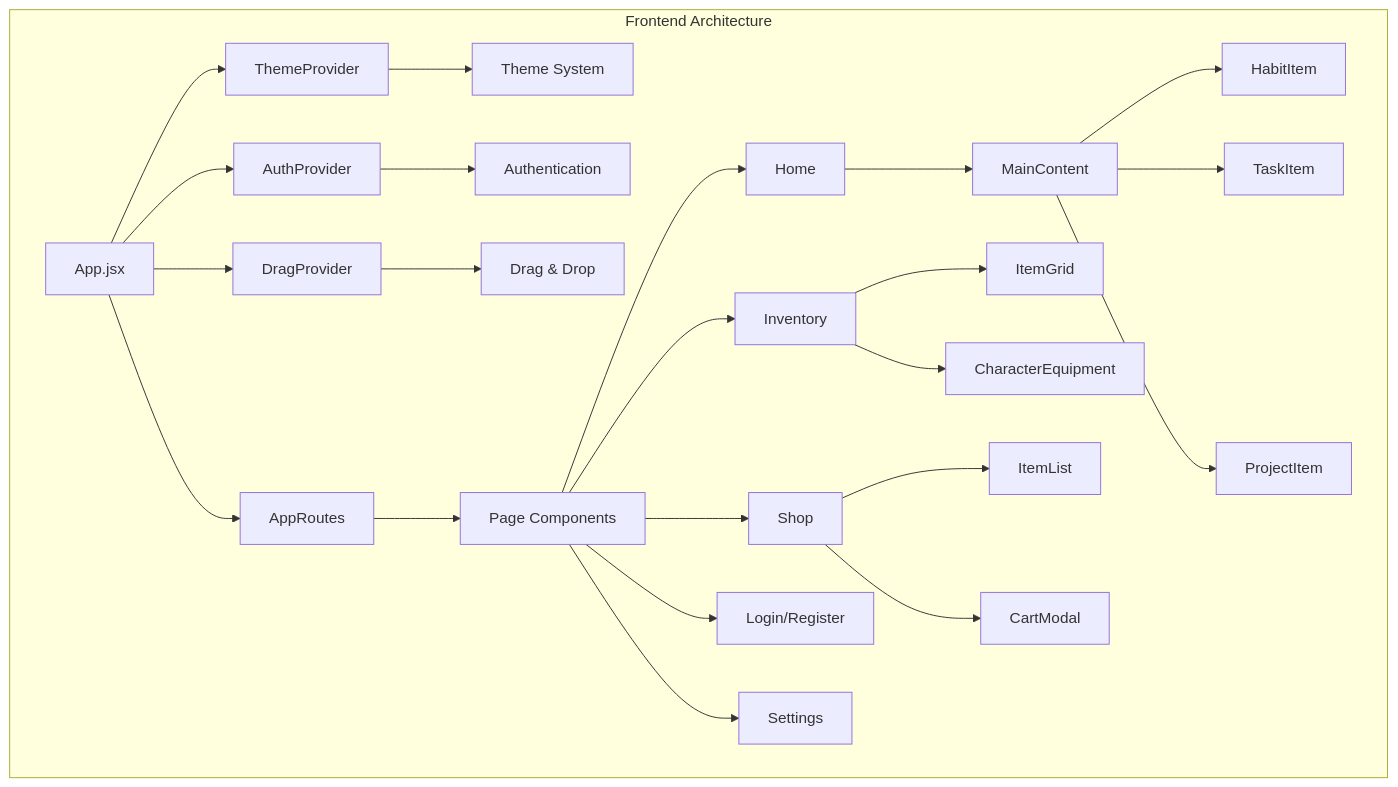
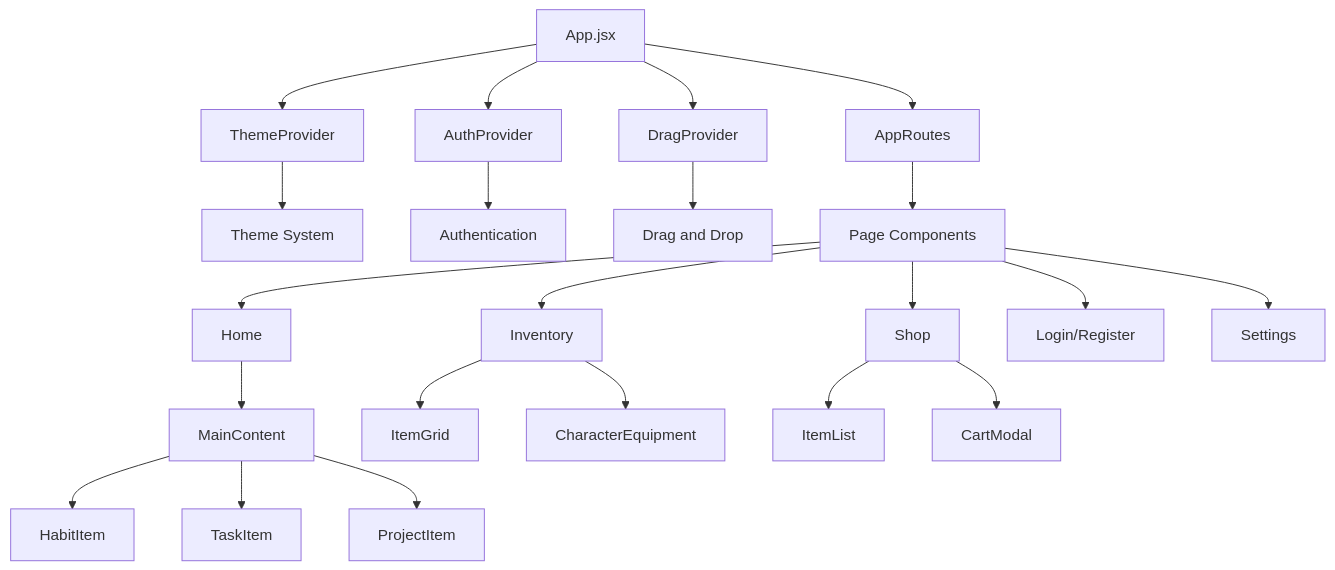
One commit to ma1iik/PlayerOne changed the first of 20 diagrams in FRONTEND_ARCHITECTURE.md. Above: the diagram before and after it, drawn with Mermaid. The commit also changed other lines of this file, not shown here.

````diff
--- a/FRONTEND_ARCHITECTURE.md
+++ b/FRONTEND_ARCHITECTURE.md
@@ -47,31 +47,29 @@
 ```mermaid
 graph TB
-    subgraph "Frontend Architecture"
-        A[App.jsx] --> B[ThemeProvider]
-        A --> C[AuthProvider]
-        A --> D[DragProvider]
-        A --> E[AppRoutes]
-        
-        B --> F[Theme System]
-        C --> G[Authentication]
-        D --> H[Drag & Drop]
-        E --> I[Page Components]
-        
-        I --> J[Home]
-        I --> K[Inventory]
-        I --> L[Shop]
-        I --> M[Login/Register]
-        I --> N[Settings]
-        
-        J --> O[MainContent]
-        O --> P[HabitItem]
-        O --> Q[TaskItem]
-        O --> R[ProjectItem]
-        
-        K --> S[ItemGrid]
-        K --> T[CharacterEquipment]
-        
-        L --> U[ItemList]
-        L --> V[CartModal]
-    end
+    A[App.jsx] --> B[ThemeProvider]
+    A --> C[AuthProvider]
+    A --> D[DragProvider]
+    A --> E[AppRoutes]
+    
+    B --> F[Theme System]
+    C --> G[Authentication]
+    D --> H[Drag and Drop]
+    E --> I[Page Components]
+    
+    I --> J[Home]
+    I --> K[Inventory]
+    I --> L[Shop]
+    I --> M[Login/Register]
+    I --> N[Settings]
+    
+    J --> O[MainContent]
+    O --> P[HabitItem]
+    O --> Q[TaskItem]
+    O --> R[ProjectItem]
+    
+    K --> S[ItemGrid]
+    K --> T[CharacterEquipment]
+    
+    L --> U[ItemList]
+    L --> V[CartModal]
 ```
````
